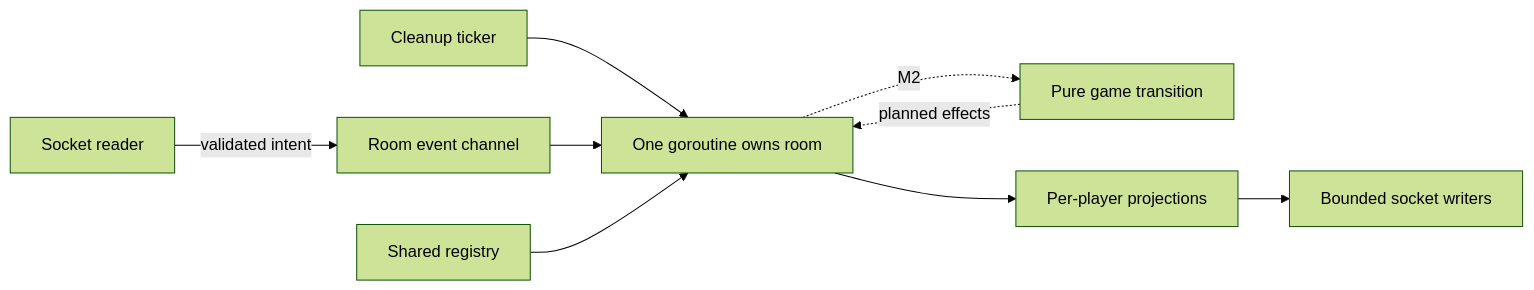
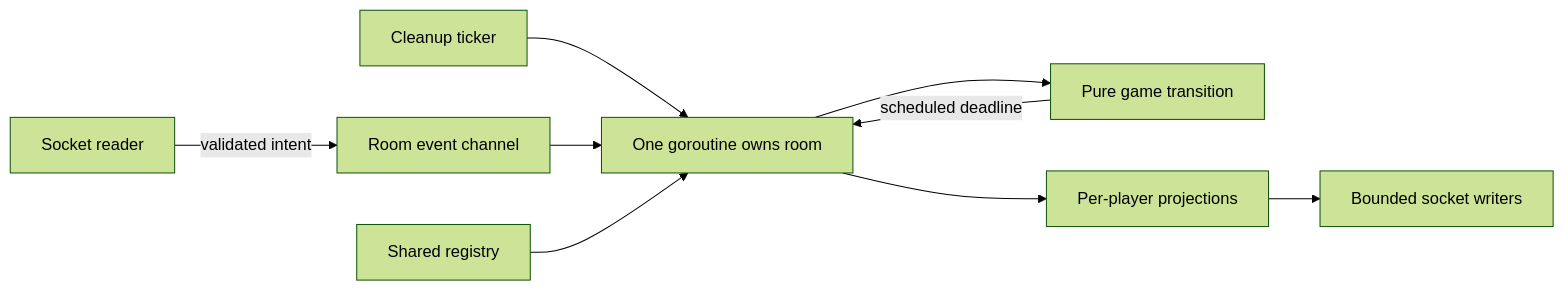
Before and after one commit to noahstew/soc-party: the second of 5 diagrams in docs/ARCHITECTURE.md, drawn with Mermaid (forest theme). The commit also changed other lines of this file and 9 other files, not shown here.

````diff
--- a/docs/ARCHITECTURE.md
+++ b/docs/ARCHITECTURE.md
@@ -24,11 +24,11 @@
 ```mermaid
 flowchart LR
   Socket[Socket reader] -->|validated intent| Channel[Room event channel]
   Timer[Cleanup ticker] --> Actor
   Channel --> Actor[One goroutine owns room]
-  Actor -. M2 .-> Game[Pure game transition]
-  Game -. planned effects .-> Actor
+  Actor --> Game[Pure game transition]
+  Game -->|scheduled deadline| Actor
   Actor --> Projection[Per-player projections]
   Projection --> Writer[Bounded socket writers]
   Registry[Shared registry] --> Actor
 ```
````
